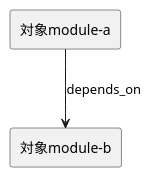
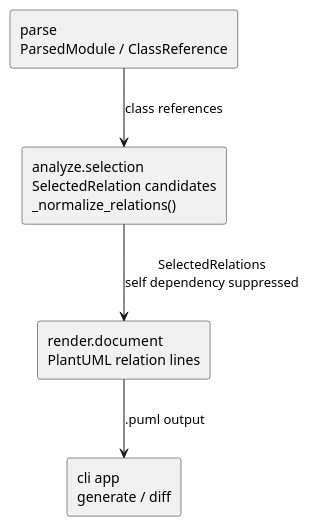
The diagram in spec-dock/initiatives/init-00038-bugfix-direct-dependency-relations/epics/epic-00039-small-direct-dependency-fix/issues/iss-00042-suppress-self-dependency-relations/design.md (chemitaro/pyclassuml), drawn with PlantUML before and after one commit. The commit also changed other lines of this file and 7 other files, not shown here.

First line of the commit message:
fix(class-diagram): self dashed relationの描画を抑制

````diff
--- a/spec-dock/initiatives/init-00038-bugfix-direct-dependency-relations/epics/epic-00039-small-direct-dependency-fix/issues/iss-00042-suppress-self-dependency-relations/design.md
+++ b/spec-dock/initiatives/init-00038-bugfix-direct-dependency-relations/epics/epic-00039-small-direct-dependency-fix/issues/iss-00042-suppress-self-dependency-relations/design.md
@@ -88,11 +48,14 @@
 ```plantuml
 @startuml
 top to bottom direction
-' show module / class / file / function dependencies that affect implementation order
-' do not copy Initiative/Epic diagrams
 
-rectangle "対象module-a" as A
-rectangle "対象module-b" as B
-A --> B : depends_on
+rectangle "parse\nParsedModule / ClassReference" as Parse
+rectangle "analyze.selection\nSelectedRelation candidates\n_normalize_relations()" as Selection
+rectangle "render.document\nPlantUML relation lines" as Render
+rectangle "cli app\ngenerate / diff" as App
+
+Parse --> Selection : class references
+Selection --> Render : SelectedRelations\nself dependency suppressed
+Render --> App : .puml output
 @enduml
 ```
````
